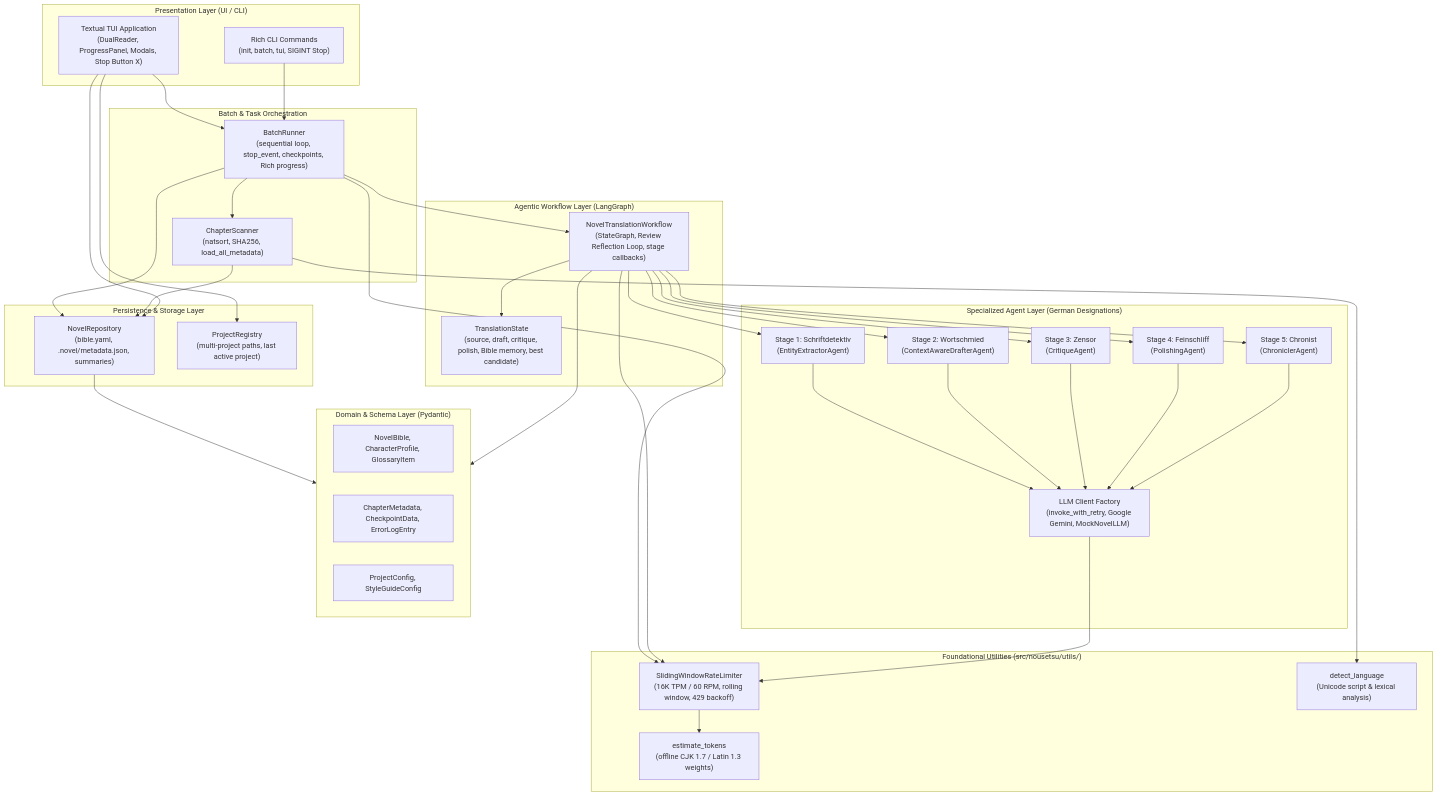
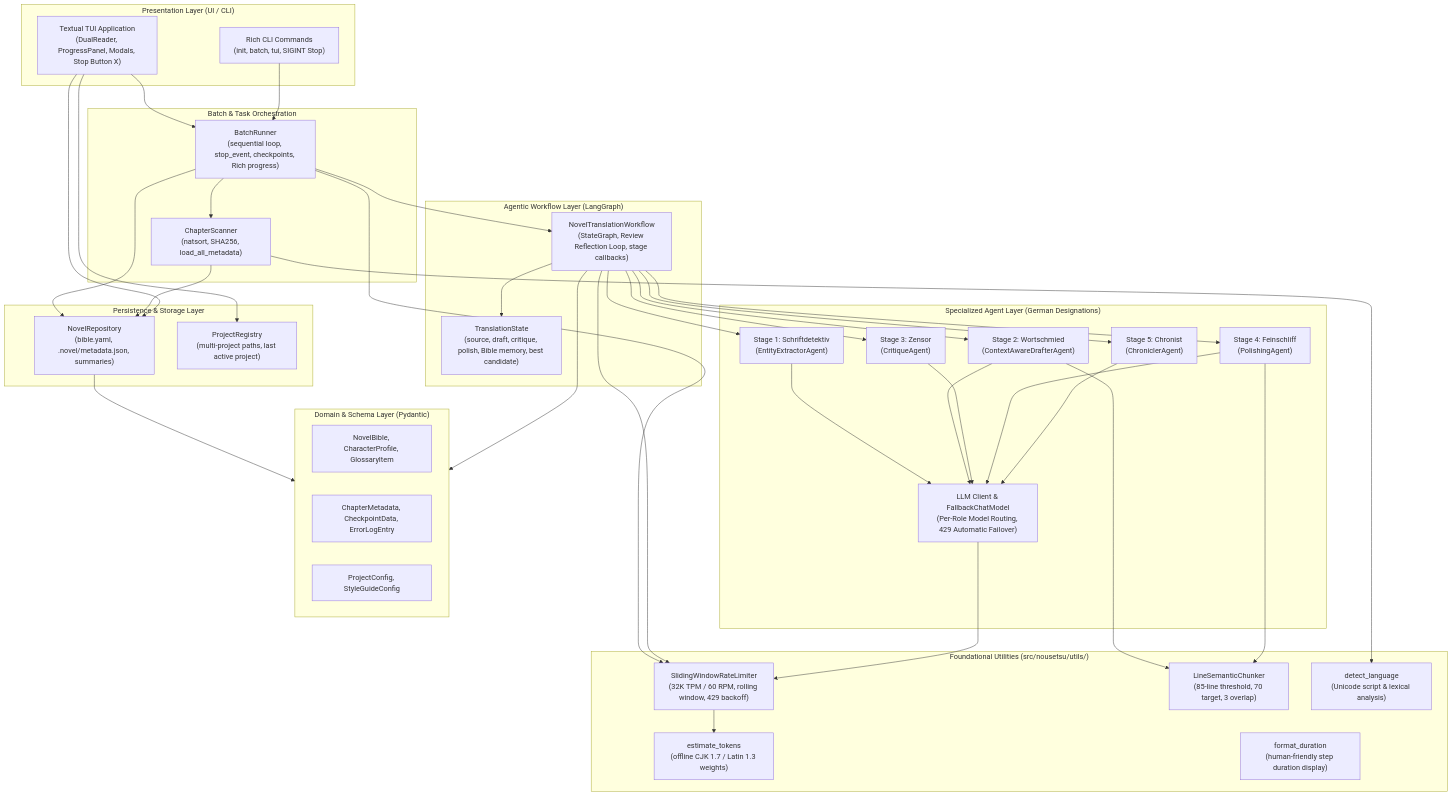
Before and after one commit to Checkmartyr/NouSetsu: the first of 2 diagrams in doc/architecture.md, drawn with Mermaid. The commit also changed other lines of this file and 8 other files, not shown here.

````diff
--- a/doc/architecture.md
+++ b/doc/architecture.md
@@ -9,71 +9,75 @@
 ```mermaid
 graph TD
     subgraph Presentation_Layer ["Presentation Layer (UI / CLI)"]
         TUI["Textual TUI Application<br/>(DualReader, ProgressPanel, Modals, Stop Button X)"]
         CLI["Rich CLI Commands<br/>(init, batch, tui, SIGINT Stop)"]
     end
 
     subgraph Batch_Orchestration ["Batch & Task Orchestration"]
         Scanner["ChapterScanner<br/>(natsort, SHA256, load_all_metadata)"]
         Runner["BatchRunner<br/>(sequential loop, stop_event, checkpoints, Rich progress)"]
     end
 
     subgraph Workflow_Layer ["Agentic Workflow Layer (LangGraph)"]
         Workflow["NovelTranslationWorkflow<br/>(StateGraph, Review Reflection Loop, stage callbacks)"]
         State["TranslationState<br/>(source, draft, critique, polish, Bible memory, best candidate)"]
     end
 
     subgraph Agent_Layer ["Specialized Agent Layer (German Designations)"]
         Extractor["Stage 1: Schriftdetektiv<br/>(EntityExtractorAgent)"]
         Drafter["Stage 2: Wortschmied<br/>(ContextAwareDrafterAgent)"]
         Critic["Stage 3: Zensor<br/>(CritiqueAgent)"]
         Polisher["Stage 4: Feinschliff<br/>(PolishingAgent)"]
         Chronicler["Stage 5: Chronist<br/>(ChroniclerAgent)"]
-        LLM["LLM Client Factory<br/>(invoke_with_retry, Google Gemini, MockNovelLLM)"]
+        LLM["LLM Client & FallbackChatModel<br/>(Per-Role Model Routing, 429 Automatic Failover)"]
     end
 
     subgraph Utility_Layer ["Foundational Utilities (src/nousetsu/utils/)"]
-        RateLimiter["SlidingWindowRateLimiter<br/>(16K TPM / 60 RPM, rolling window, 429 backoff)"]
+        RateLimiter["SlidingWindowRateLimiter<br/>(32K TPM / 60 RPM, rolling window, 429 backoff)"]
+        Chunker["LineSemanticChunker<br/>(85-line threshold, 70 target, 3 overlap)"]
         TokenEstimator["estimate_tokens<br/>(offline CJK 1.7 / Latin 1.3 weights)"]
         LangDetector["detect_language<br/>(Unicode script & lexical analysis)"]
+        Formatter["format_duration<br/>(human-friendly step duration display)"]
     end
 
     subgraph Storage_Layer ["Persistence & Storage Layer"]
         Repo["NovelRepository<br/>(bible.yaml, .novel/metadata.json, summaries)"]
         Registry["ProjectRegistry<br/>(multi-project paths, last active project)"]
     end
 
     subgraph Domain_Models ["Domain & Schema Layer (Pydantic)"]
         M_Bible["NovelBible, CharacterProfile, GlossaryItem"]
         M_Meta["ChapterMetadata, CheckpointData, ErrorLogEntry"]
         M_Config["ProjectConfig, StyleGuideConfig"]
     end
 
     %% Dependencies
     TUI --> Runner
     CLI --> Runner
     Runner --> Scanner
     Runner --> Workflow
     Scanner --> LangDetector
     Runner --> RateLimiter
     Workflow --> State
     Workflow --> Extractor
     Workflow --> Drafter
     Workflow --> Critic
     Workflow --> Polisher
     Workflow --> Chronicler
     Workflow --> RateLimiter
+    Drafter --> Chunker
+    Polisher --> Chunker
     RateLimiter --> TokenEstimator
     Extractor --> LLM
     Drafter --> LLM
     Critic --> LLM
     Polisher --> LLM
     Chronicler --> LLM
     LLM --> RateLimiter
     Runner --> Repo
     Scanner --> Repo
     TUI --> Registry
     TUI --> Repo
     Repo --> Domain_Models
     Workflow --> Domain_Models
 ```
````
